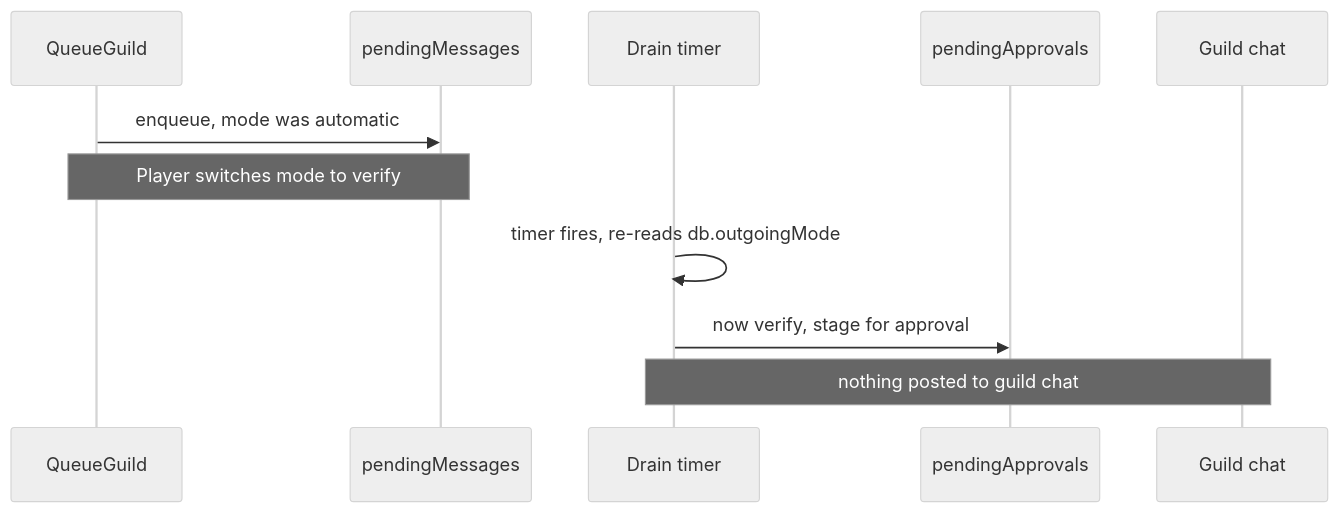
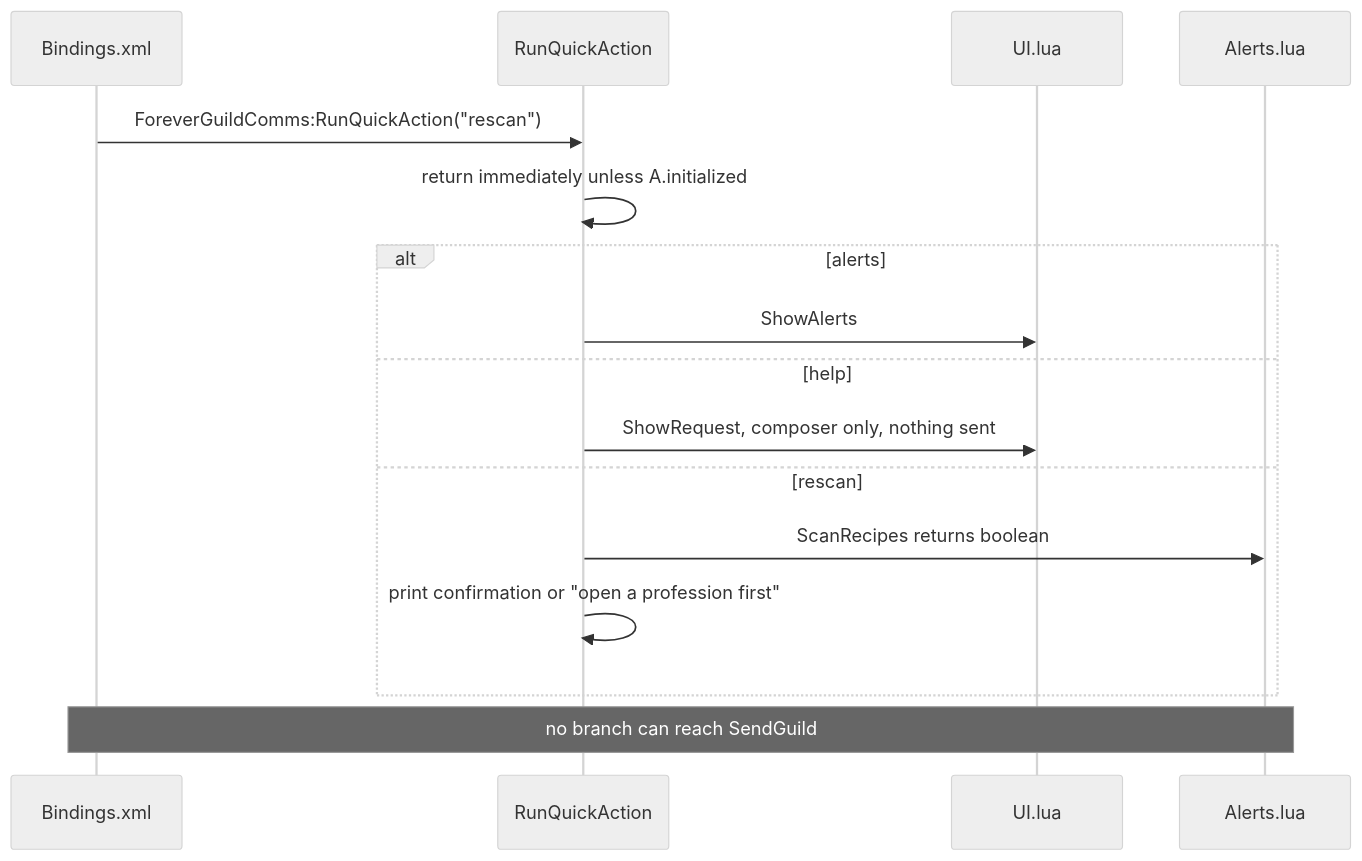
The fourth of 5 diagrams in aidlc-docs/inception/reverse-engineering/architecture.md (mreillyorg/ForeverGuildComms), drawn with Mermaid (neutral theme) before and after one commit. The commit also changed other lines of this file and 22 other files, not shown here.

First line of the commit message:
Add opt-in key bindings for quick actions (0.4.1-beta)

````diff
--- a/aidlc-docs/inception/reverse-engineering/architecture.md
+++ b/aidlc-docs/inception/reverse-engineering/architecture.md
@@ -335,14 +321,19 @@
 ```mermaid
 sequenceDiagram
-    participant Q as QueueGuild
-    participant AQ as pendingMessages
-    participant T as Drain timer
-    participant B as pendingApprovals
-    participant G as Guild chat
+    participant K as Bindings.xml
+    participant Q as RunQuickAction
+    participant U as UI.lua
+    participant AL as Alerts.lua
 
-    Q->>AQ: enqueue, mode was automatic
-    Note over Q,AQ: Player switches mode to verify
-    T->>T: timer fires, re-reads db.outgoingMode
-    T->>B: now verify, stage for approval
-    Note over T,G: nothing posted to guild chat
+    K->>Q: ForeverGuildComms:RunQuickAction("rescan")
+    Q->>Q: return immediately unless A.initialized
+    alt alerts
+        Q->>U: ShowAlerts
+    else help
+        Q->>U: ShowRequest, composer only, nothing sent
+    else rescan
+        Q->>AL: ScanRecipes returns boolean
+        Q->>Q: print confirmation or "open a profession first"
+    end
+    Note over K,AL: no branch can reach SendGuild
 ```
````
